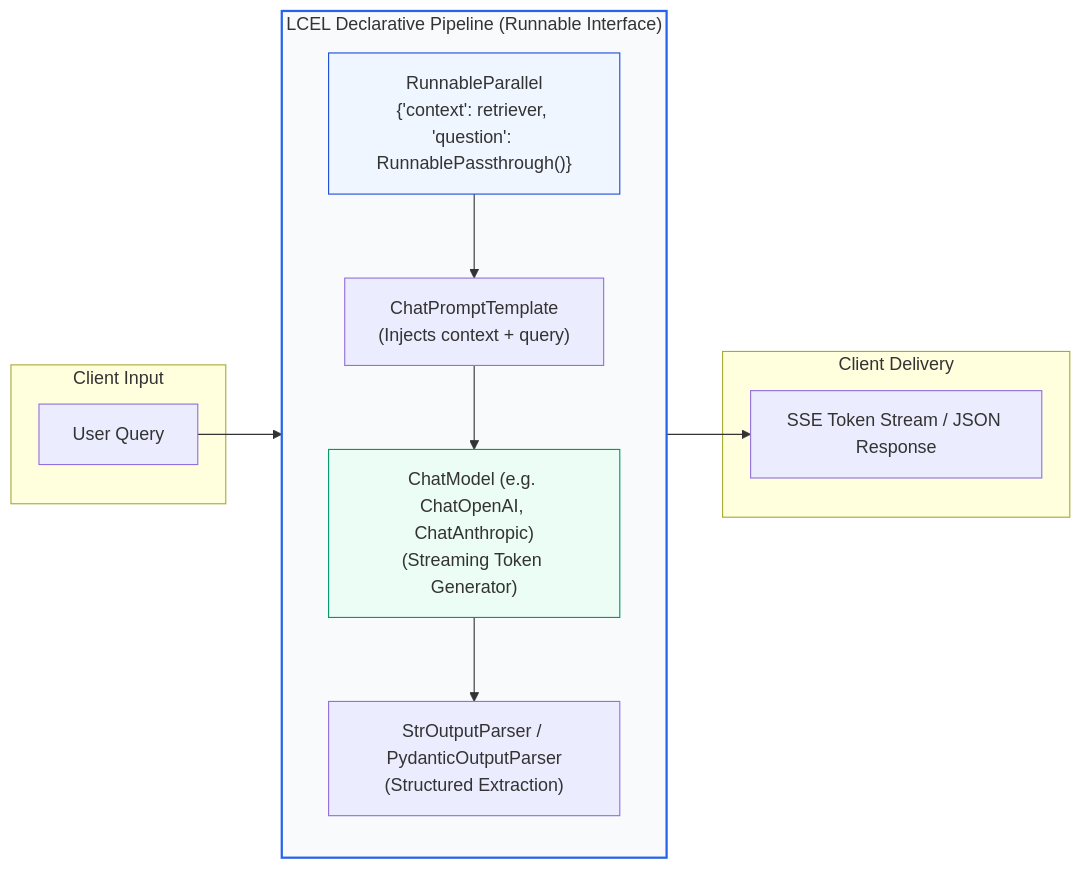
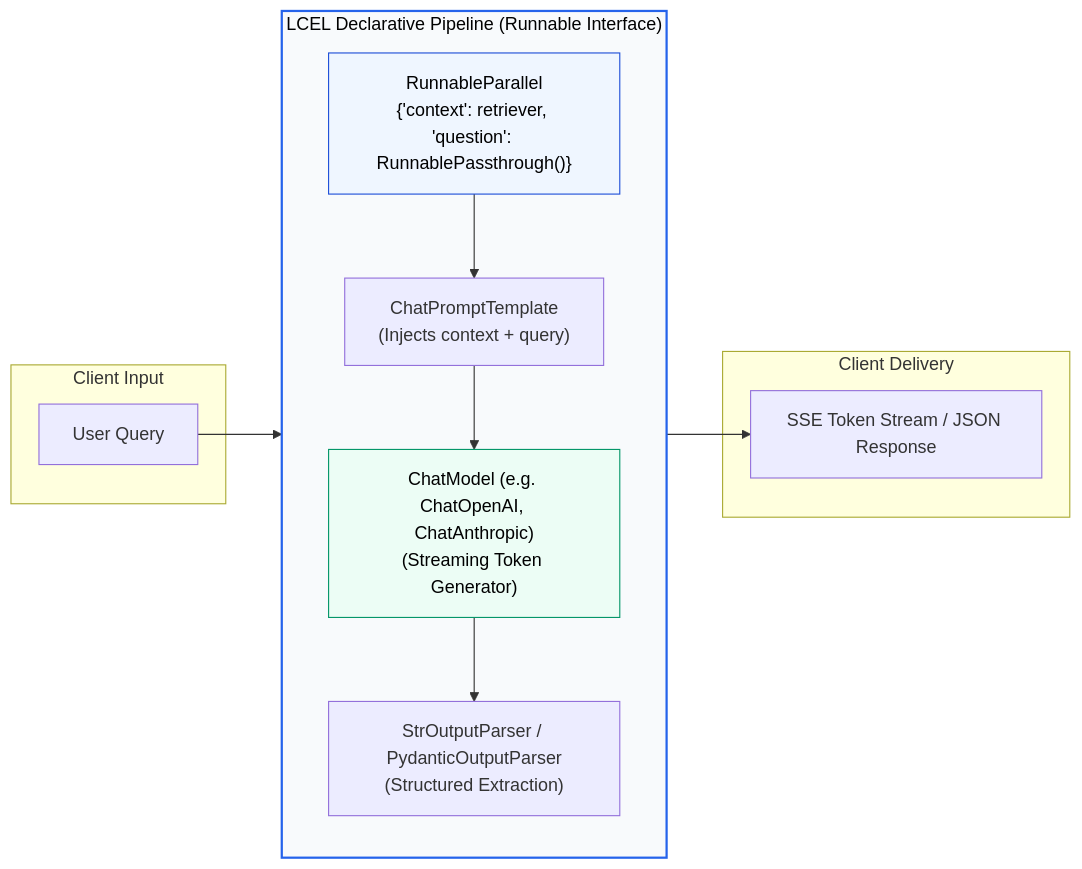
One commit to swapnil3104/RAG-Engineering changed the first of 3 diagrams in 11-Frameworks-and-Tools/LangChain/README.md. Above: the diagram before and after it, drawn with Mermaid. The commit also changed other lines of this file and 108 other files, not shown here.

Commit message:
fix: make chart text visible across all Mermaid diagrams and resolve markdown table formatting issues

````diff
--- a/11-Frameworks-and-Tools/LangChain/README.md
+++ b/11-Frameworks-and-Tools/LangChain/README.md
@@ -37,27 +37,27 @@
 ```mermaid
 flowchart LR
     subgraph Client ["Client Input"]
         Q["User Query"]
     end
 
     subgraph LCEL_Runtime ["LCEL Declarative Pipeline (Runnable Interface)"]
         direction TB
         FanOut["RunnableParallel<br/>{'context': retriever, 'question': RunnablePassthrough()}"]
         PromptComp["ChatPromptTemplate<br/>(Injects context + query)"]
         ModelExec["ChatModel (e.g. ChatOpenAI, ChatAnthropic)<br/>(Streaming Token Generator)"]
         Parser["StrOutputParser / PydanticOutputParser<br/>(Structured Extraction)"]
         
         FanOut --> PromptComp --> ModelExec --> Parser
     end
 
     subgraph Downstream ["Client Delivery"]
         SSE["SSE Token Stream / JSON Response"]
     end
 
     Q --> FanOut
     Parser --> SSE
 
-    style LCEL_Runtime fill:#f8fafc,stroke:#2563eb,stroke-width:2px
-    style FanOut fill:#eff6ff,stroke:#1d4ed8
-    style ModelExec fill:#ecfdf5,stroke:#059669
+    style LCEL_Runtime fill:#f8fafc,stroke:#2563eb,stroke-width:2px,color:#000000
+    style FanOut fill:#eff6ff,stroke:#1d4ed8,color:#000000
+    style ModelExec fill:#ecfdf5,stroke:#059669,color:#000000
 ```
````
